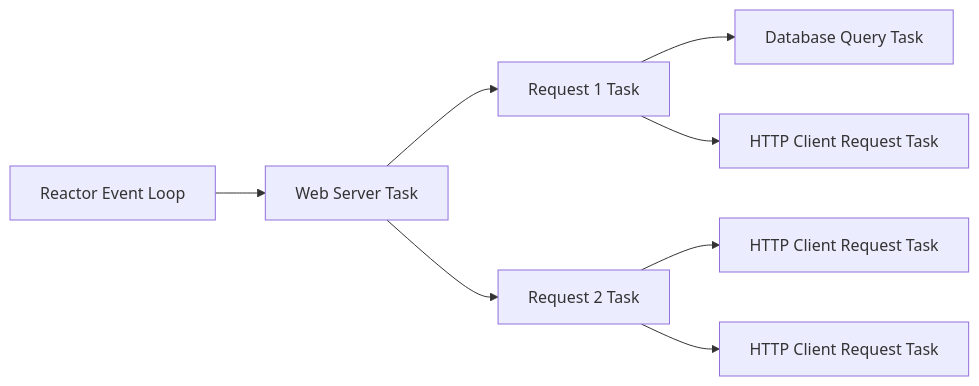
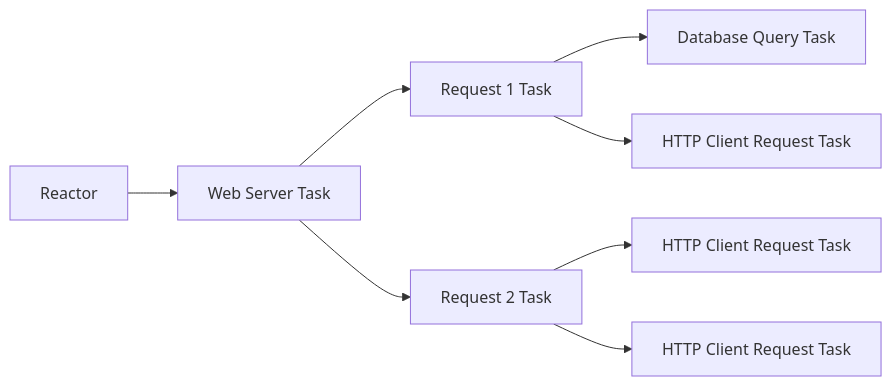
Before and after one commit to socketry/async: the first of 3 diagrams in guides/asynchronous-tasks/readme.md, drawn with Mermaid. The commit also changed other lines of this file and 7 other files, not shown here.

````diff
--- a/guides/asynchronous-tasks/readme.md
+++ b/guides/asynchronous-tasks/readme.md
@@ -9,12 +9,12 @@
 ```mermaid
 graph LR
-    REL[Reactor Event Loop] --> WS
+    R[Reactor] --> WS
     WS[Web Server Task] --> R1[Request 1 Task]
     WS --> R2[Request 2 Task]
 
     R1 --> Q1[Database Query Task]
     R1 --> H1[HTTP Client Request Task]
 
     R2 --> H2[HTTP Client Request Task]
     R2 --> H3[HTTP Client Request Task]
 ```
````
